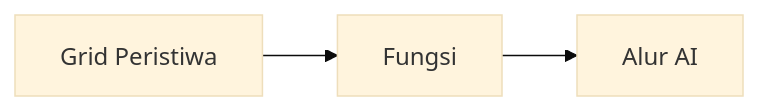
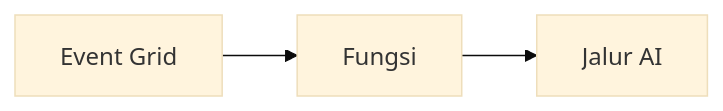
The second of 2 diagrams in translations/id/docs/chapter-08-production/README.md (microsoft/AZD-for-beginners), drawn with Mermaid (base theme) before and after one commit. The commit also changed other lines of this file and 58 other files, not shown here.

````diff
--- a/translations/id/docs/chapter-08-production/README.md
+++ b/translations/id/docs/chapter-08-production/README.md
@@ -57,4 +57,4 @@
 ```mermaid
 graph LR
-    EventGrid[Grid Peristiwa] --> Functions[Fungsi] --> Pipeline[Alur AI]
+    EventGrid[Event Grid] --> Functions[Fungsi] --> Pipeline[Jalur AI]
 ```
````
